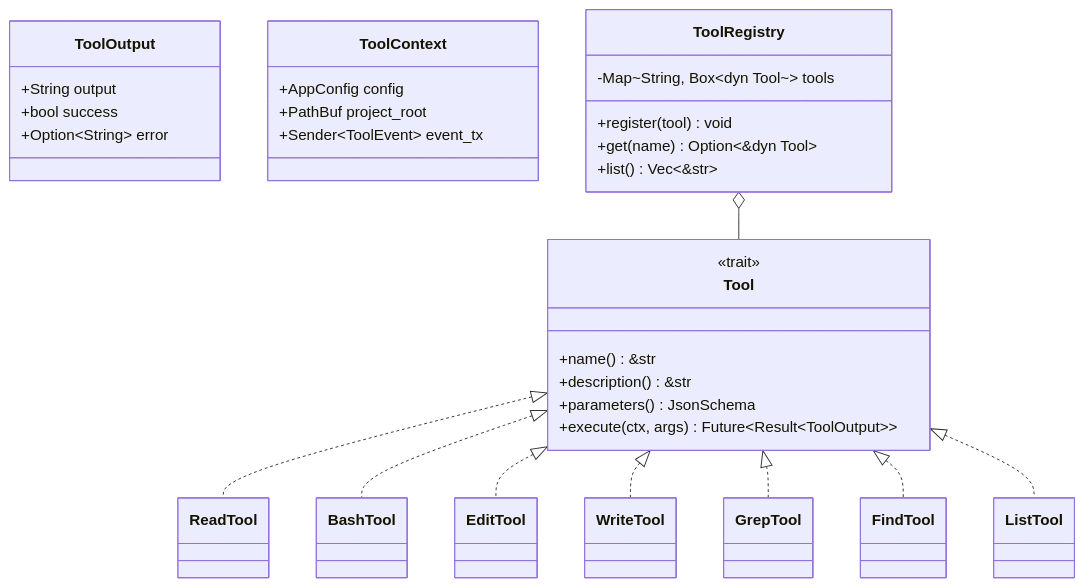
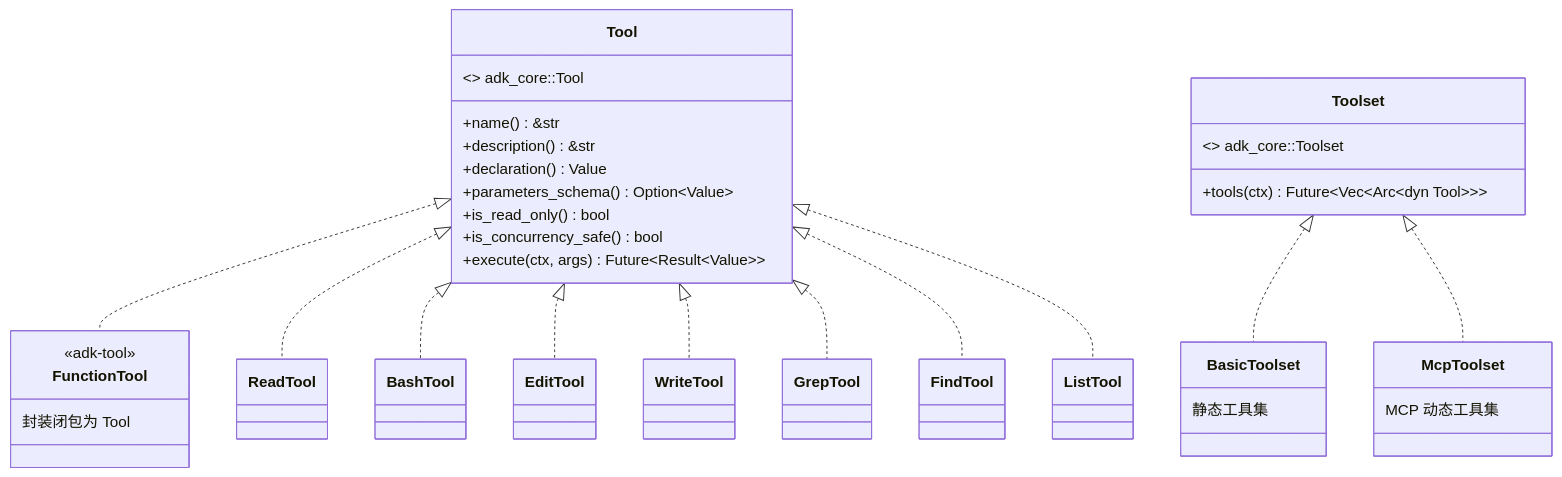
One commit to StrayDragon/xylitol changed the first of 4 diagrams in llmanspec/changes/c20-add-tools/design.md. Above: the diagram before and after it, drawn with Mermaid. The commit also changed other lines of this file and 27 other files, not shown here.

````diff
--- a/llmanspec/changes/c20-add-tools/design.md
+++ b/llmanspec/changes/c20-add-tools/design.md
@@ -29,46 +31,51 @@
 ```mermaid
 classDiagram
     class Tool {
-        <<trait>>
+        <<trait>> adk_core::Tool
         +name() &str
         +description() &str
-        +parameters() JsonSchema
-        +execute(ctx, args) Future~Result~ToolOutput~~
+        +declaration() Value
+        +parameters_schema() Option~Value~
+        +is_read_only() bool
+        +is_concurrency_safe() bool
+        +execute(ctx, args) Future~Result~Value~~
     }
 
-    class ToolOutput {
-        +String output
-        +bool success
-        +Option~String~ error
+    class FunctionTool {
+        <<adk-tool>>
+        封装闭包为 Tool
     }
 
-    class ToolContext {
-        +AppConfig config
-        +PathBuf project_root
-        +Sender~ToolEvent~ event_tx
+    class Toolset {
+        <<trait>> adk_core::Toolset
+        +tools(ctx) Future~Vec~Arc~dyn Tool~~~
     }
 
-    class ToolRegistry {
-        -Map~String, Box~dyn Tool~~ tools
-        +register(tool) void
-        +get(name) Option~&dyn Tool~
-        +list() Vec~&str~
+    class BasicToolset {
+        静态工具集
     }
+
+    class McpToolset {
+        MCP 动态工具集
+    }
+
+    Tool <|.. FunctionTool
+    Toolset <|.. BasicToolset
+    Toolset <|.. McpToolset
 
     class ReadTool
     class BashTool
     class EditTool
     class WriteTool
     class GrepTool
     class FindTool
     class ListTool
 
     Tool <|.. ReadTool
     Tool <|.. BashTool
     Tool <|.. EditTool
     Tool <|.. WriteTool
     Tool <|.. GrepTool
     Tool <|.. FindTool
     Tool <|.. ListTool
-    ToolRegistry o-- Tool
 ```
````
